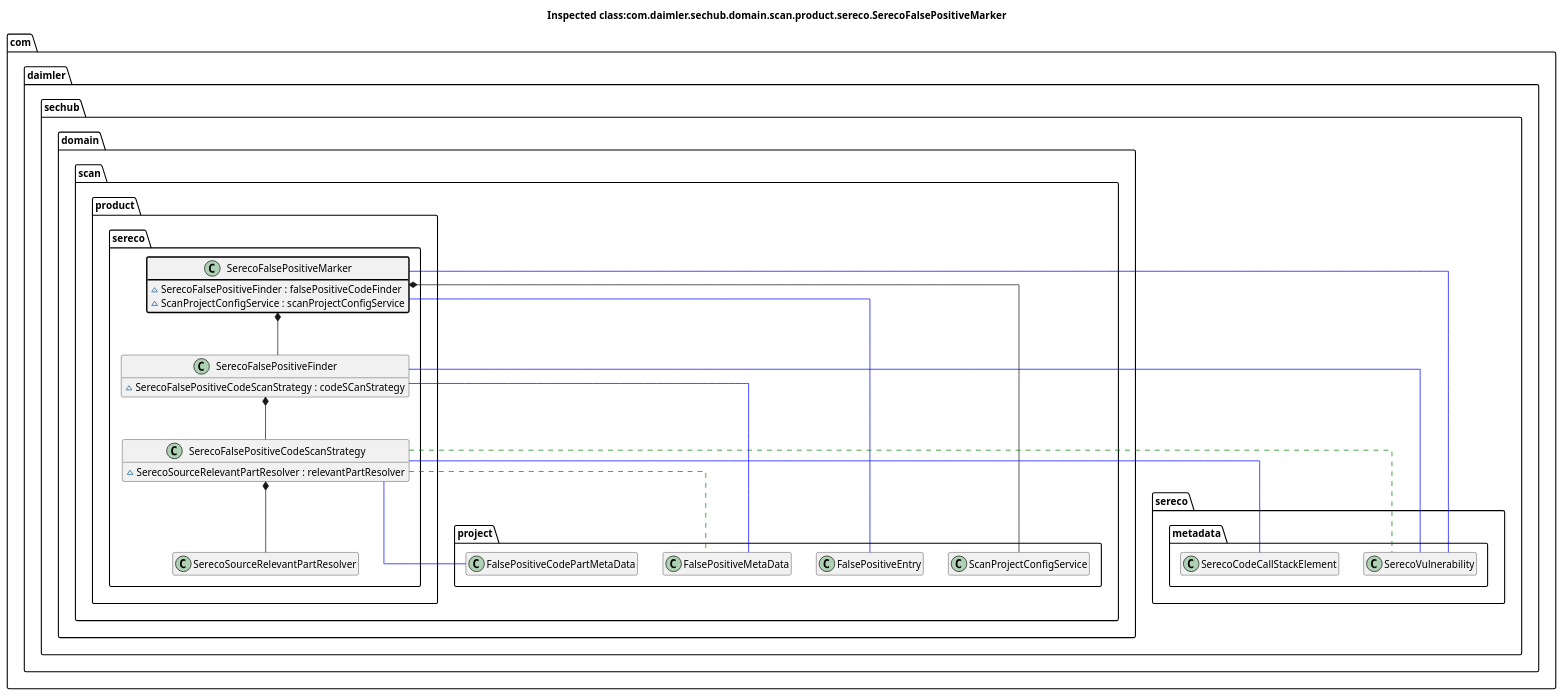
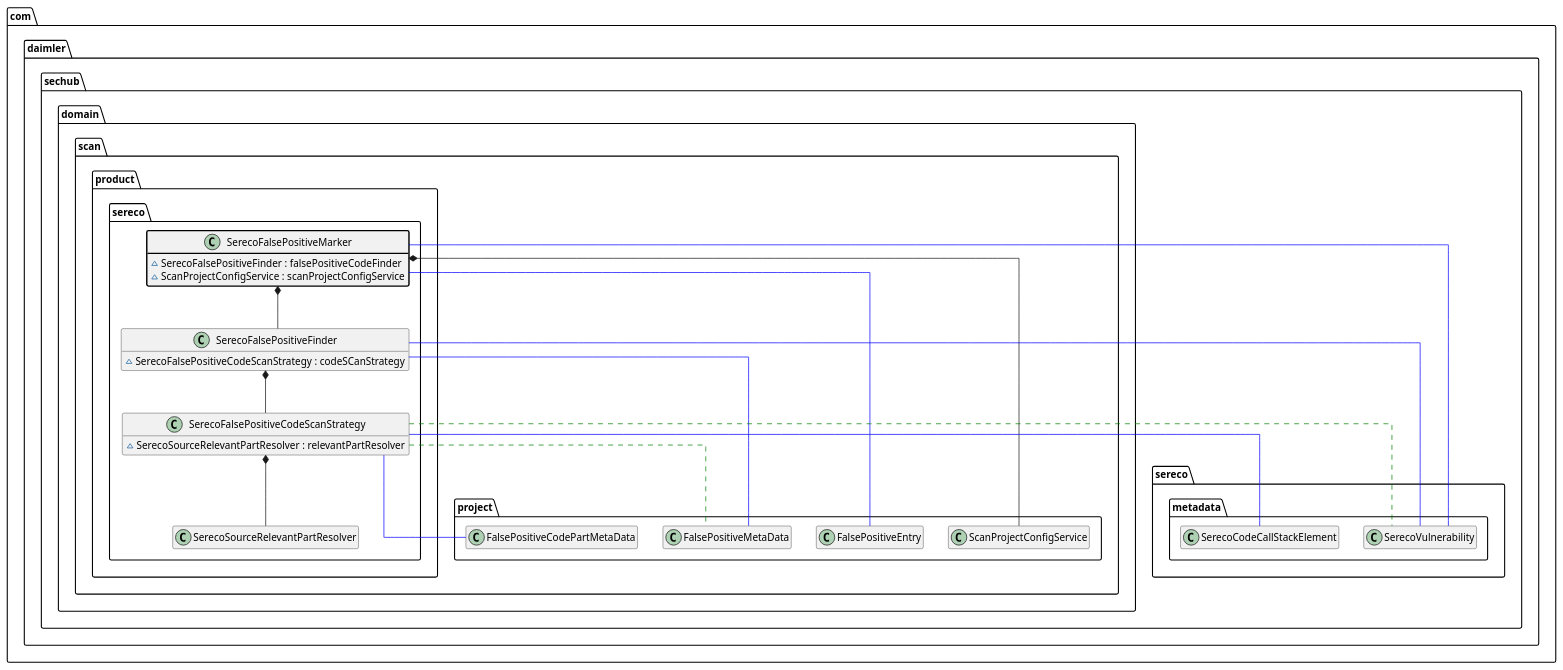
Before and after one commit to mercedes-benz/sechub: the diagram in sechub-doc/src/docs/asciidoc/diagrams/diagram_falsepositives_runtime_overview.puml, drawn with PlantUML. The commit also changed 4 other files, not shown here.

```diff
--- a/sechub-doc/src/docs/asciidoc/diagrams/diagram_falsepositives_runtime_overview.puml
+++ b/sechub-doc/src/docs/asciidoc/diagrams/diagram_falsepositives_runtime_overview.puml
@@ -1,37 +1,36 @@
 @startuml
-title "Inspected class:com.daimler.sechub.domain.scan.product.sereco.SerecoFalsePositiveMarker"
 skinparam linetype ortho
 hide empty methods
 hide empty fields
 package com.daimler.sechub.domain.scan.product.sereco{
 'com.daimler.sechub.domain.scan.product.sereco.SerecoFalsePositiveMarker
    class SerecoFalsePositiveMarker ##[bold]black {
     ~SerecoFalsePositiveFinder : falsePositiveCodeFinder
     ~ScanProjectConfigService : scanProjectConfigService
   }
   SerecoFalsePositiveMarker *-- SerecoFalsePositiveFinder
   SerecoFalsePositiveMarker -[#blue]- com.daimler.sechub.domain.scan.project.FalsePositiveEntry
   SerecoFalsePositiveMarker *-- com.daimler.sechub.domain.scan.project.ScanProjectConfigService
   SerecoFalsePositiveMarker -[#blue]- com.daimler.sechub.sereco.metadata.SerecoVulnerability
 'com.daimler.sechub.domain.scan.product.sereco.SerecoFalsePositiveFinder
    class SerecoFalsePositiveFinder{
     ~SerecoFalsePositiveCodeScanStrategy : codeSCanStrategy
   }
   SerecoFalsePositiveFinder *-- SerecoFalsePositiveCodeScanStrategy
   SerecoFalsePositiveFinder -[#blue]- com.daimler.sechub.domain.scan.project.FalsePositiveMetaData
   SerecoFalsePositiveFinder -[#blue]- com.daimler.sechub.sereco.metadata.SerecoVulnerability
 'com.daimler.sechub.domain.scan.product.sereco.SerecoFalsePositiveCodeScanStrategy
    class SerecoFalsePositiveCodeScanStrategy{
     ~SerecoSourceRelevantPartResolver : relevantPartResolver
   }
   SerecoFalsePositiveCodeScanStrategy *-- SerecoSourceRelevantPartResolver
   SerecoFalsePositiveCodeScanStrategy -[#blue]- com.daimler.sechub.domain.scan.project.FalsePositiveCodePartMetaData
   SerecoFalsePositiveCodeScanStrategy .[#green]. com.daimler.sechub.domain.scan.project.FalsePositiveMetaData
   SerecoFalsePositiveCodeScanStrategy -[#blue]- com.daimler.sechub.sereco.metadata.SerecoCodeCallStackElement
   SerecoFalsePositiveCodeScanStrategy .[#green]. com.daimler.sechub.sereco.metadata.SerecoVulnerability
 'com.daimler.sechub.domain.scan.product.sereco.SerecoSourceRelevantPartResolver
    class SerecoSourceRelevantPartResolver{
   }
 }
 
 @enduml
```
